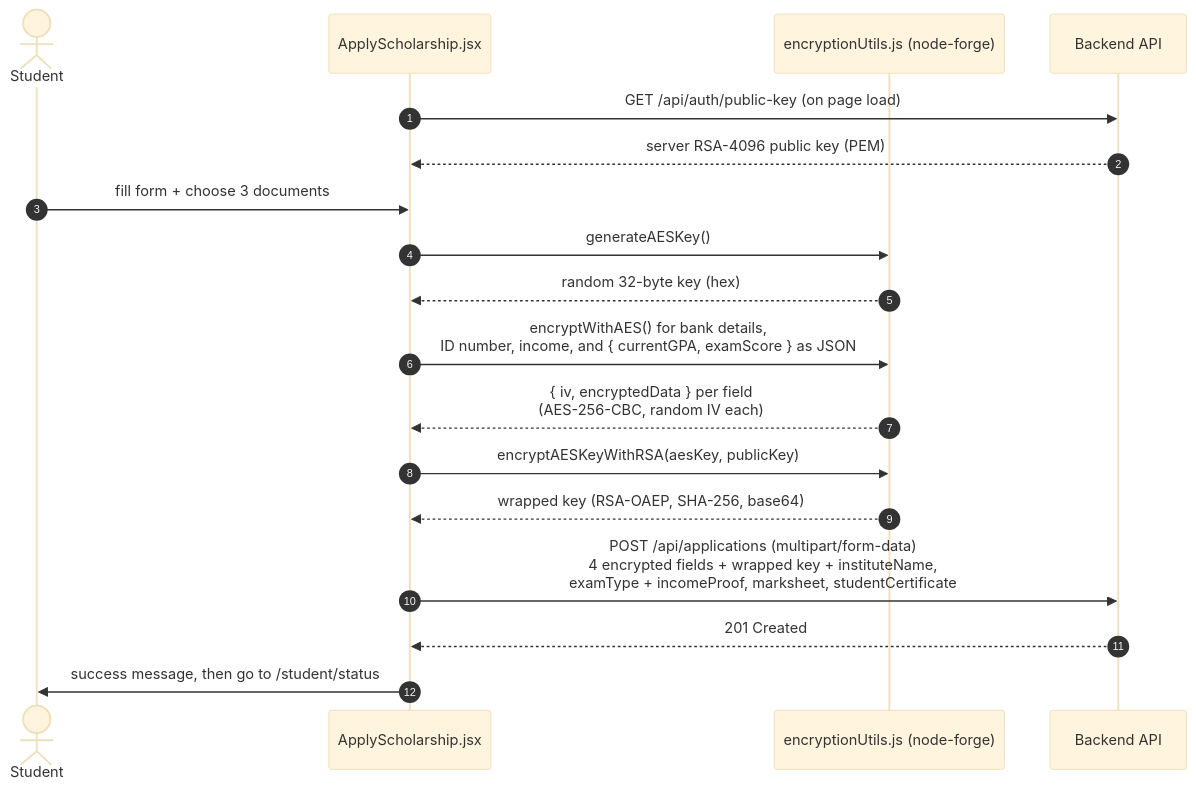
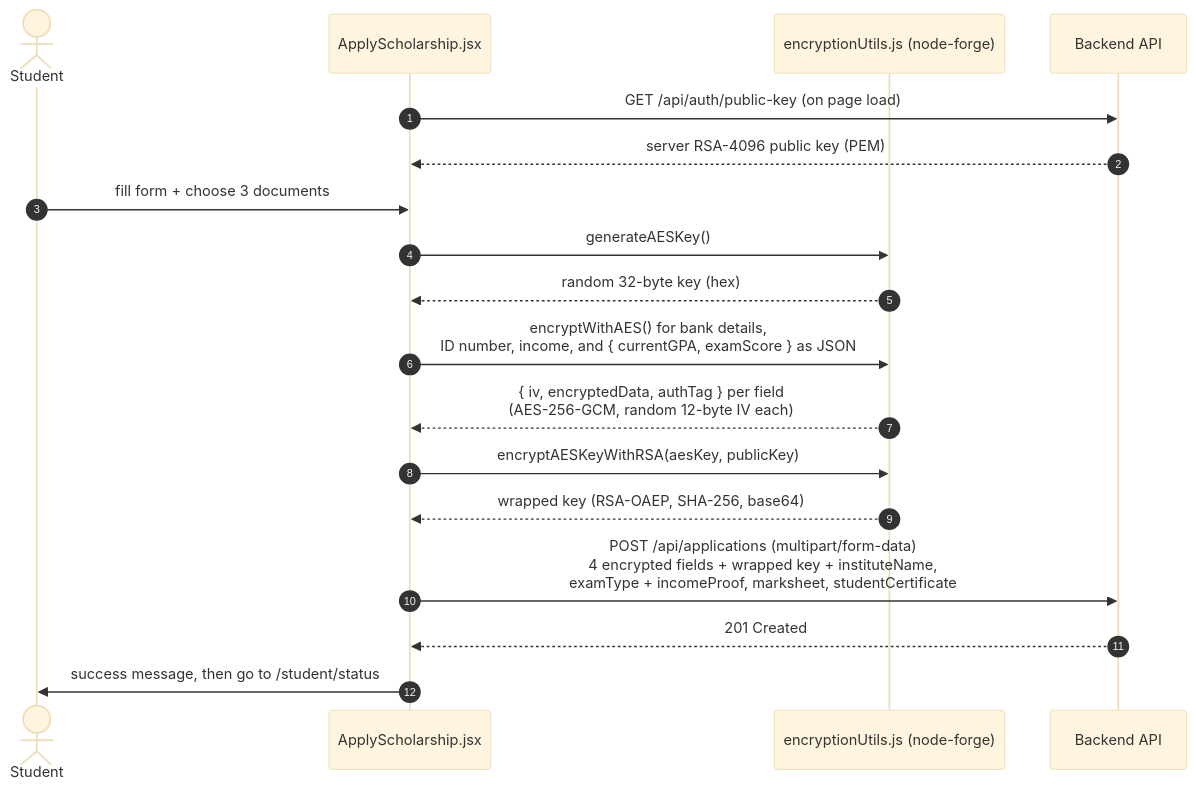
The fifth of 6 diagrams in docs/ARCHITECTURE.md (USER1043/ScholarshipSystem-Frontend), drawn with Mermaid (base theme) before and after one commit. The commit also changed 2 other files, not shown here.

Commit message:
feat: encrypt application fields with AES-256-GCM
Switch client-side field encryption from AES-256-CBC to AES-256-GCM
so tampered ciphertext fails to decrypt instead of returning altered
data. Each field is now sent as { iv, encryptedData, authTag } with a
12-byte IV and a 16-byte auth tag split from the Web Crypto output.

Requires the matching backend change, which rejects submissions
without an auth tag.

````diff
--- a/docs/ARCHITECTURE.md
+++ b/docs/ARCHITECTURE.md
@@ -164,21 +164,21 @@
 ```mermaid
 sequenceDiagram
     autonumber
     actor S as Student
     participant AS as ApplyScholarship.jsx
     participant EU as encryptionUtils.js (node-forge)
     participant API as Backend API
 
     AS->>API: GET /api/auth/public-key (on page load)
     API-->>AS: server RSA-4096 public key (PEM)
     S->>AS: fill form + choose 3 documents
     AS->>EU: generateAESKey()
     EU-->>AS: random 32-byte key (hex)
     AS->>EU: encryptWithAES() for bank details,<br/>ID number, income, and { currentGPA, examScore } as JSON
-    EU-->>AS: { iv, encryptedData } per field<br/>(AES-256-CBC, random IV each)
+    EU-->>AS: { iv, encryptedData, authTag } per field<br/>(AES-256-GCM, random 12-byte IV each)
     AS->>EU: encryptAESKeyWithRSA(aesKey, publicKey)
     EU-->>AS: wrapped key (RSA-OAEP, SHA-256, base64)
     AS->>API: POST /api/applications (multipart/form-data)<br/>4 encrypted fields + wrapped key + instituteName,<br/>examType + incomeProof, marksheet, studentCertificate
     API-->>AS: 201 Created
     AS->>S: success message, then go to /student/status
 ```
````
